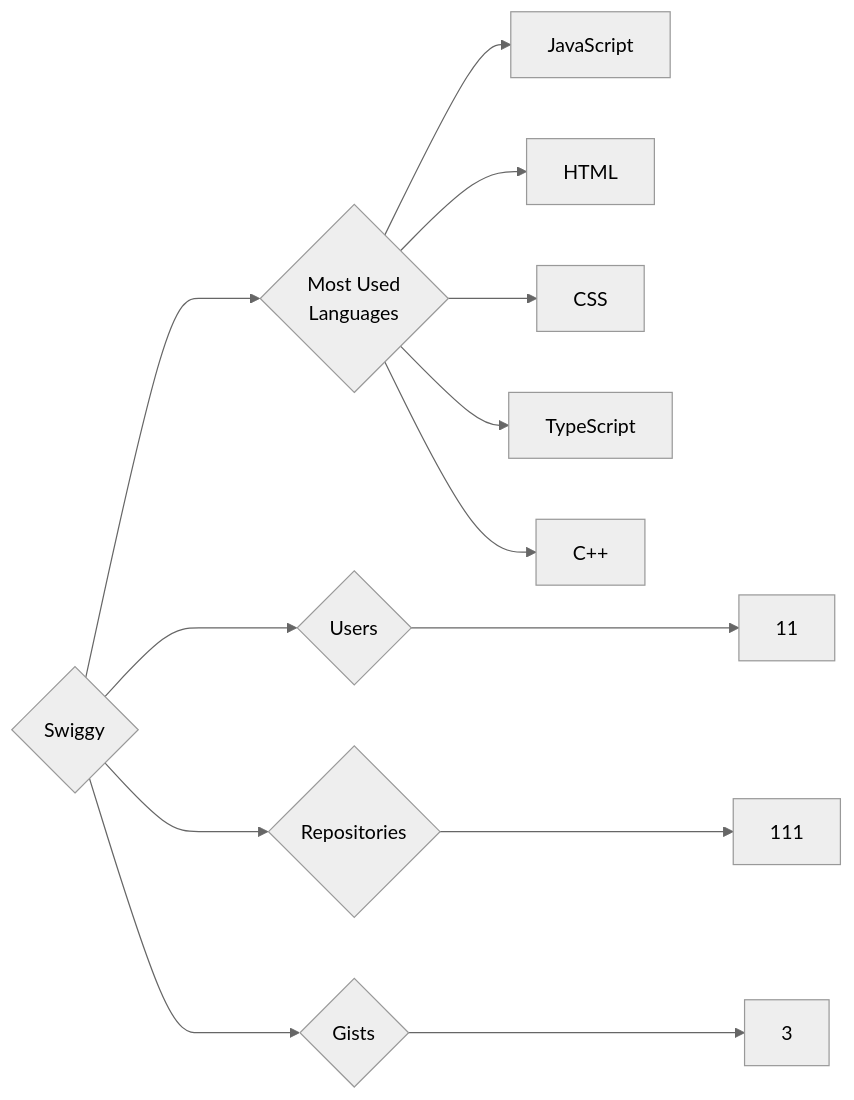
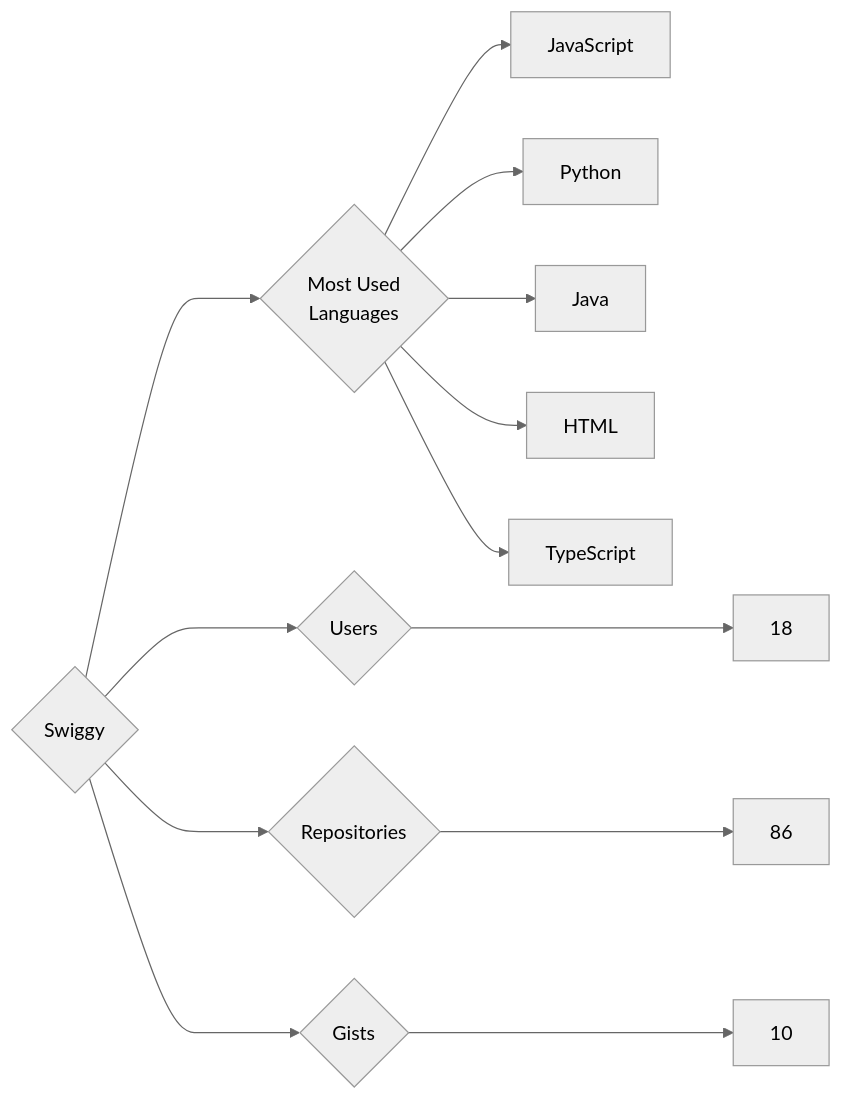
One commit to trickest/insiders changed the diagram in targets/Swiggy/README.md. Above: the diagram before and after it, drawn with Mermaid (neutral theme). The commit also changed 948 other files, not shown here.

````diff
--- a/targets/Swiggy/README.md
+++ b/targets/Swiggy/README.md
@@ -3,13 +3,13 @@
 ```mermaid
 graph LR
 COMPANY_NAME{Swiggy}
-COMPANY_NAME ---> U{Users} ---> UN[11]
-COMPANY_NAME ---> R{Repositories} ---> RN[111]
-COMPANY_NAME ---> G{Gists} ---> GN[3]
+COMPANY_NAME ---> U{Users} ---> UN[18]
+COMPANY_NAME ---> R{Repositories} ---> RN[86]
+COMPANY_NAME ---> G{Gists} ---> GN[10]
 COMPANY_NAME ---> ML{Most Used<br>Languages}
 ML --> JavaScript[JavaScript]
+ML --> Python[Python]
+ML --> Java[Java]
 ML --> HTML[HTML]
-ML --> CSS[CSS]
 ML --> TypeScript[TypeScript]
-ML --> C++[C++]
 ```
````
